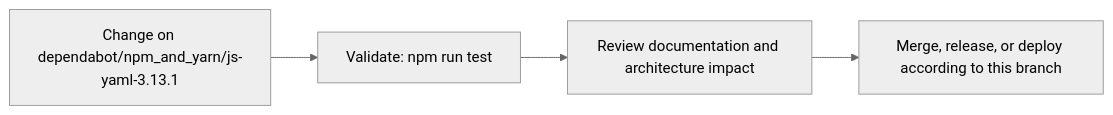
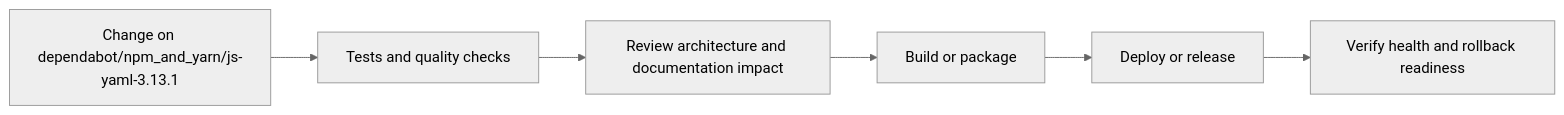
One commit to Nischhalsubba/rismfp-ui changed the fourth of 5 diagrams in README.md. Above: the diagram before and after it, drawn with Mermaid (neutral theme). The commit also changed other lines of this file, not shown here.

````diff
--- a/README.md
+++ b/README.md
@@ -66,8 +138,8 @@
 ```mermaid
 flowchart LR
-    CHANGE["Change on dependabot/npm_and_yarn/js-yaml-3.13.1"]
-    CHECK["Validate: npm run test"]
-    REVIEW["Review documentation and architecture impact"]
-    RELEASE["Merge, release, or deploy according to this branch"]
-    CHANGE --> CHECK --> REVIEW --> RELEASE
+    CHANGE["Change on dependabot/npm_and_yarn/js-yaml-3.13.1"] --> CHECK["Tests and quality checks"]
+    CHECK --> REVIEW["Review architecture and documentation impact"]
+    REVIEW --> BUILD["Build or package"]
+    BUILD --> DEPLOY["Deploy or release"]
+    DEPLOY --> VERIFY["Verify health and rollback readiness"]
 ```
````
